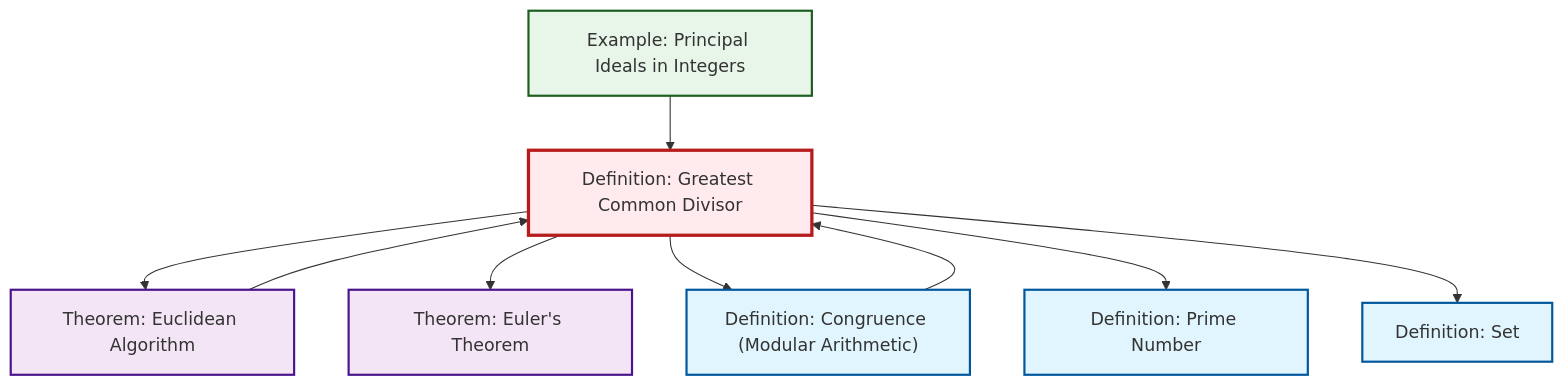
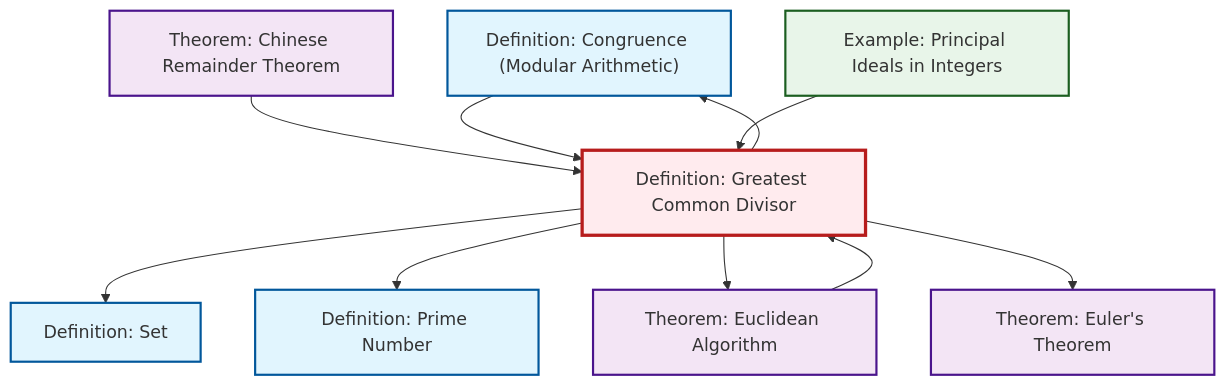
The second of 2 diagrams in content/en/number-theory/def-gcd.qmd (RK0429/ModernMath), drawn with Mermaid before and after one commit. The commit also changed 615 other files, not shown here.

First line of the commit message:
feat: Add Chinese Remainder Theorem article with comprehensive cross-references

````diff
--- a/content/en/number-theory/def-gcd.qmd
+++ b/content/en/number-theory/def-gcd.qmd
@@ -91,31 +91,34 @@
 ```{mermaid}
 %%| fig-cap: "Local dependency graph"
 graph TD
     classDef definition fill:#e1f5fe,stroke:#01579b,stroke-width:2px
     classDef theorem fill:#f3e5f5,stroke:#4a148c,stroke-width:2px
     classDef axiom fill:#fff3e0,stroke:#e65100,stroke-width:2px
     classDef example fill:#e8f5e9,stroke:#1b5e20,stroke-width:2px
     classDef current fill:#ffebee,stroke:#b71c1c,stroke-width:3px
+    def-set["Definition: Set"]:::definition
     thm-euler["Theorem: Euler's Theorem"]:::theorem
+    def-congruence["Definition: Congruence (Modular Arithmetic)"]:::definition
+    def-gcd["Definition: Greatest Common Divisor"]:::definition
+    thm-chinese-remainder["Theorem: Chinese Remainder Theorem"]:::theorem
+    ex-principal-ideal["Example: Principal Ideals in Integers"]:::example
     def-prime["Definition: Prime Number"]:::definition
-    def-set["Definition: Set"]:::definition
-    def-gcd["Definition: Greatest Common Divisor"]:::definition
-    ex-principal-ideal["Example: Principal Ideals in Integers"]:::example
     thm-euclidean-algorithm["Theorem: Euclidean Algorithm"]:::theorem
-    def-congruence["Definition: Congruence (Modular Arithmetic)"]:::definition
+    thm-chinese-remainder --> def-gcd
+    def-congruence --> def-gcd
+    ex-principal-ideal --> def-gcd
+    def-gcd --> def-set
+    def-gcd --> def-prime
     def-gcd --> thm-euclidean-algorithm
+    thm-euclidean-algorithm --> def-gcd
     def-gcd --> thm-euler
-    def-congruence --> def-gcd
     def-gcd --> def-congruence
-    def-gcd --> def-prime
-    ex-principal-ideal --> def-gcd
-    thm-euclidean-algorithm --> def-gcd
-    def-gcd --> def-set
     class def-gcd current
+    click def-set "def-set.html" "Go to Set definition"
     click thm-euler "thm-euler.html" "Go to Euler's Theorem theorem"
+    click def-congruence "def-congruence.html" "Go to Congruence (Modular Arithmetic) definition"
+    click thm-chinese-remainder "thm-chinese-remainder.html" "Go to Chinese Remainder Theorem theorem"
+    click ex-principal-ideal "ex-principal-ideal.html" "Go to Principal Ideals in Integers example"
     click def-prime "def-prime.html" "Go to Prime Number definition"
-    click def-set "def-set.html" "Go to Set definition"
-    click ex-principal-ideal "ex-principal-ideal.html" "Go to Principal Ideals in Integers example"
     click thm-euclidean-algorithm "thm-euclidean-algorithm.html" "Go to Euclidean Algorithm theorem"
-    click def-congruence "def-congruence.html" "Go to Congruence (Modular Arithmetic) definition"
 ```
````
